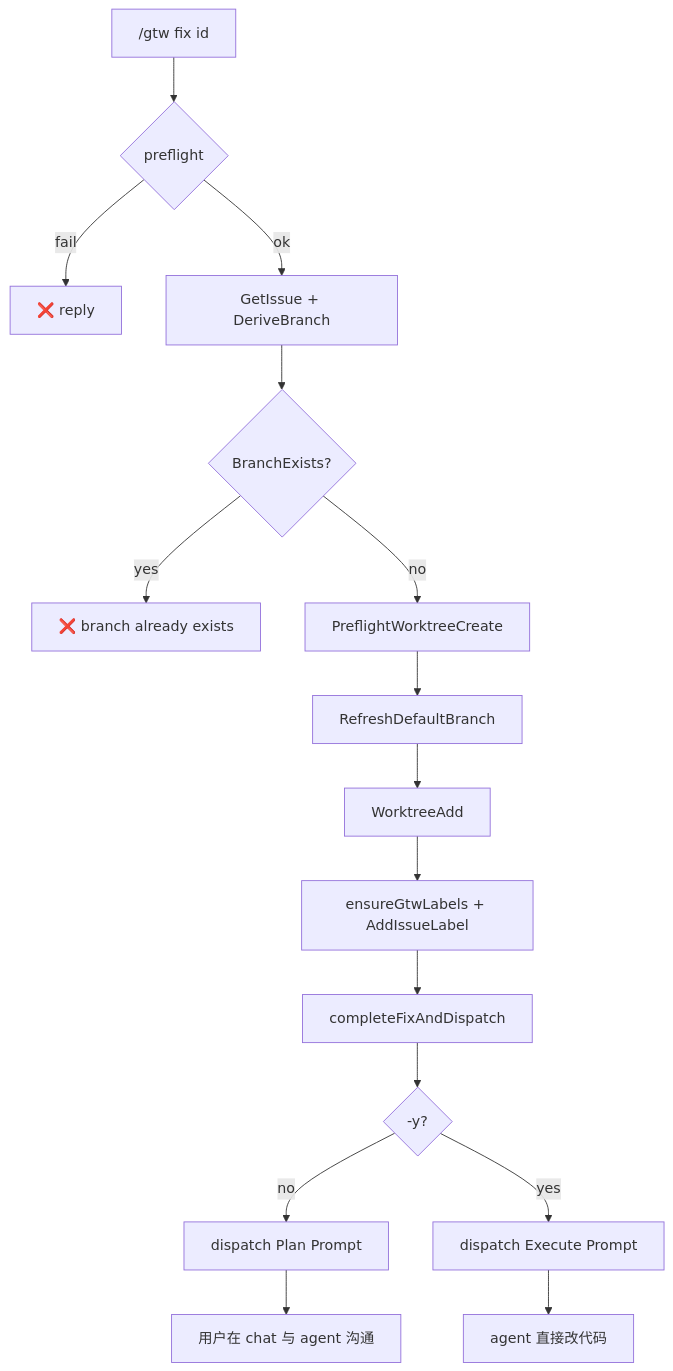
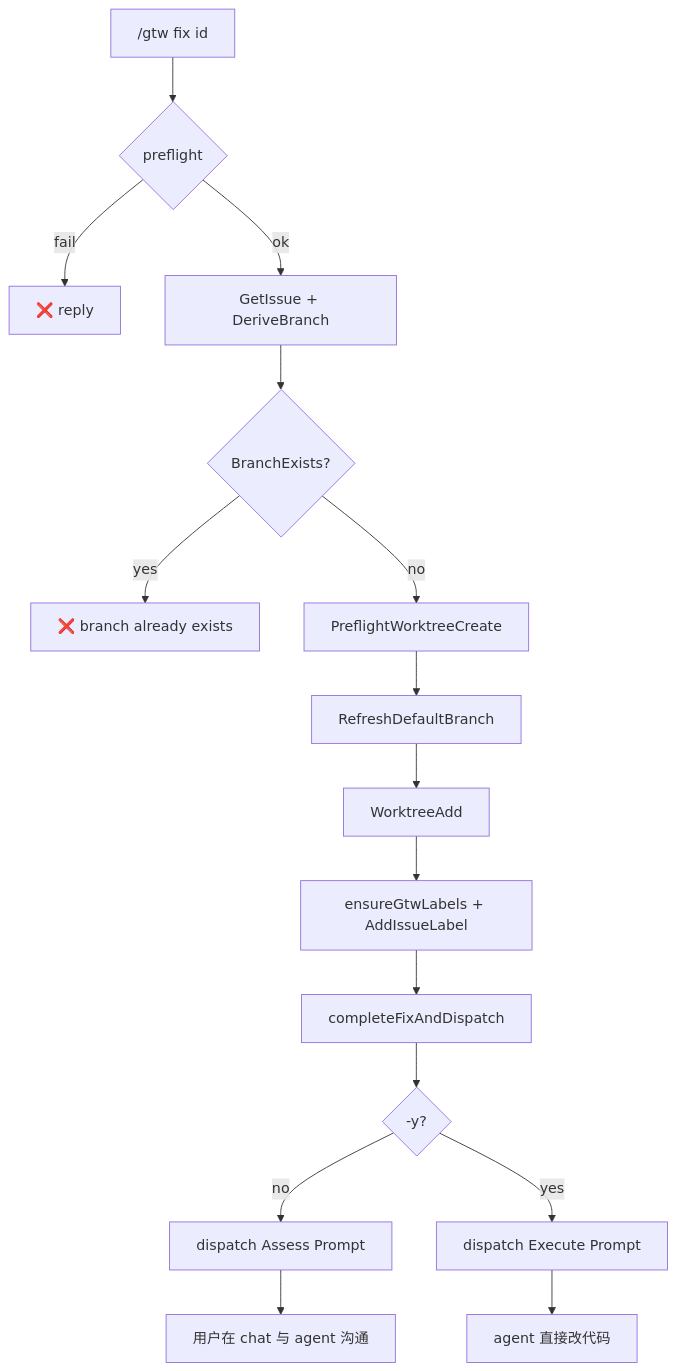
Before and after one commit to cnlangzi/nightme: the diagram in docs/feat/F-gtw-fix.md, drawn with Mermaid. The commit also changed other lines of this file and 20 other files, not shown here.

Commit message:
feat(gtw): add /gtw plan and switch /gtw fix to assess-first dispatch (#442)

````diff
--- a/docs/feat/F-gtw-fix.md
+++ b/docs/feat/F-gtw-fix.md
@@ -98,18 +98,18 @@
 ```mermaid
 flowchart TD
     A["/gtw fix id"] --> B{preflight}
     B -->|fail| Z["❌ reply"]
     B -->|ok| C["GetIssue + DeriveBranch"]
     C --> D{BranchExists?}
     D -->|yes| E["❌ branch already exists"]
     D -->|no| F["PreflightWorktreeCreate"]
     F --> G["RefreshDefaultBranch"]
     G --> H["WorktreeAdd"]
     H --> I["ensureGtwLabels + AddIssueLabel"]
     I --> J["completeFixAndDispatch"]
     J --> K{"-y?"}
-    K -->|no| L["dispatch Plan Prompt"]
+    K -->|no| L["dispatch Assess Prompt"]
     K -->|yes| M["dispatch Execute Prompt"]
     L --> N["用户在 chat 与 agent 沟通"]
     M --> O["agent 直接改代码"]
 ```
````
